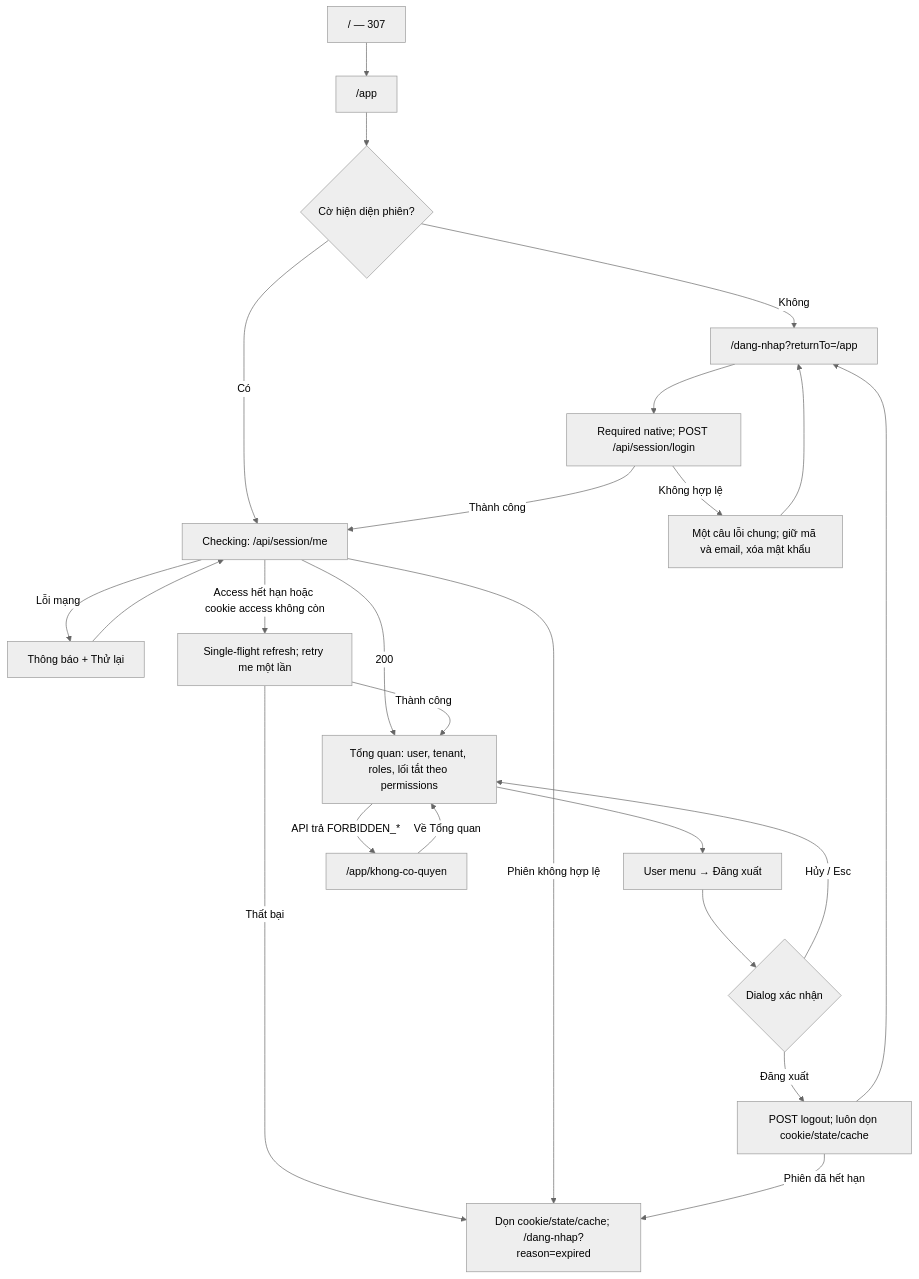
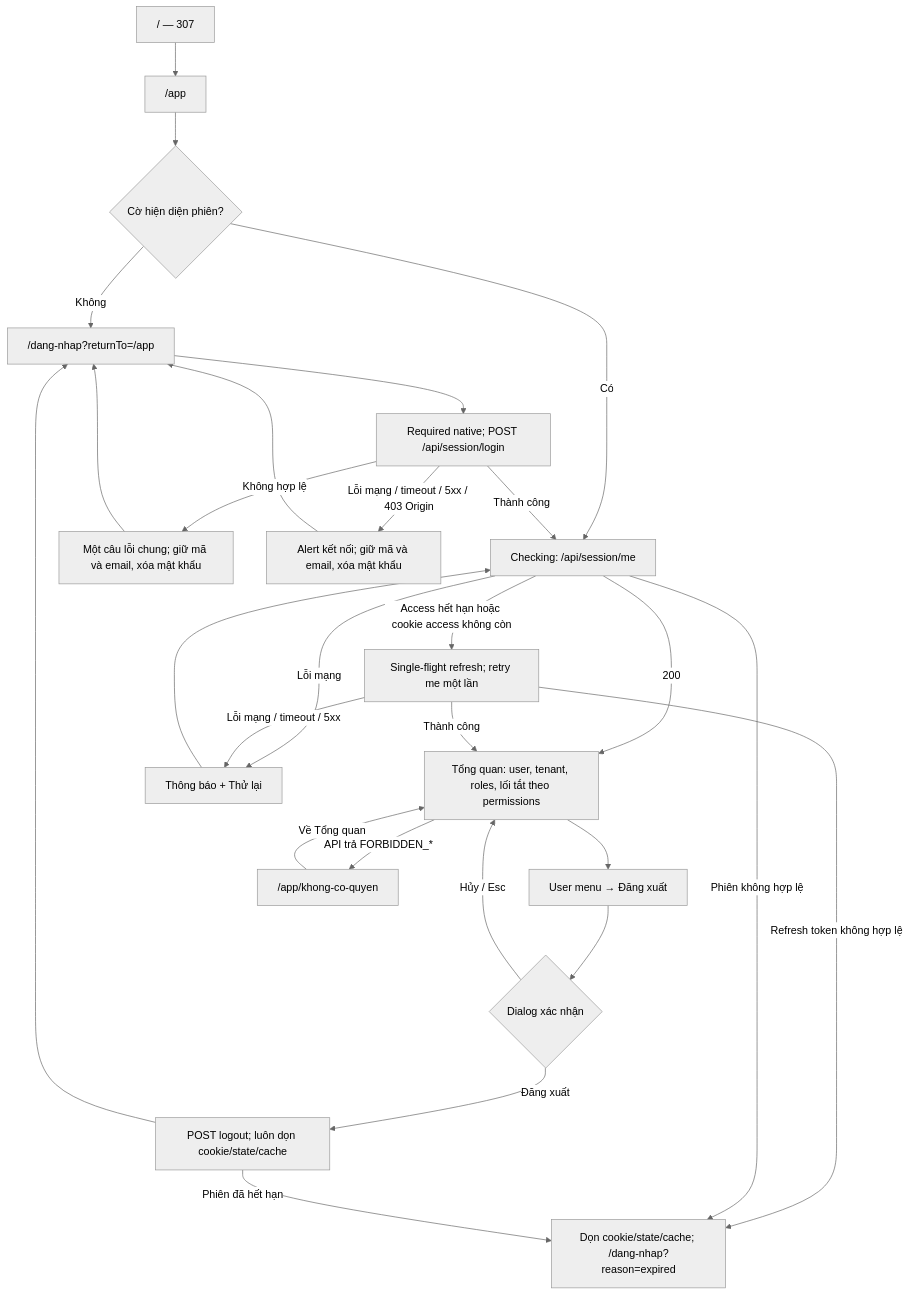
One commit to fransico08/POSE changed the diagram in docs/design/ui-ux/frontend-foundation-wireframe.md. Above: the diagram before and after it, drawn with Mermaid (neutral theme). The commit also changed other lines of this file and 12 other files, not shown here.

````diff
--- a/docs/design/ui-ux/frontend-foundation-wireframe.md
+++ b/docs/design/ui-ux/frontend-foundation-wireframe.md
@@ -22,26 +22,29 @@
 ```mermaid
 flowchart TD
   Root["/ — 307"] --> App["/app"]
   App --> Marker{"Cờ hiện diện phiên?"}
   Marker -->|Không| Login["/dang-nhap?returnTo=/app"]
   Marker -->|Có| Check["Checking: /api/session/me"]
   Check -->|200| Overview["Tổng quan: user, tenant, roles, lối tắt theo permissions"]
   Check -->|Lỗi mạng| Network["Thông báo + Thử lại"]
   Network --> Check
   Check -->|Access hết hạn hoặc cookie access không còn| Refresh["Single-flight refresh; retry me một lần"]
   Refresh -->|Thành công| Overview
-  Refresh -->|Thất bại| Expired["Dọn cookie/state/cache; /dang-nhap?reason=expired"]
+  Refresh -->|Refresh token không hợp lệ| Expired["Dọn cookie/state/cache; /dang-nhap?reason=expired"]
+  Refresh -->|Lỗi mạng / timeout / 5xx| Network
   Check -->|Phiên không hợp lệ| Expired
   Login --> Submit["Required native; POST /api/session/login"]
   Submit -->|Không hợp lệ| Invalid["Một câu lỗi chung; giữ mã và email, xóa mật khẩu"]
   Invalid --> Login
+  Submit -->|Lỗi mạng / timeout / 5xx / 403 Origin| LoginNetwork["Alert kết nối; giữ mã và email, xóa mật khẩu"]
+  LoginNetwork --> Login
   Submit -->|Thành công| Check
   Overview --> Menu["User menu → Đăng xuất"]
   Menu --> Confirm{"Dialog xác nhận"}
   Confirm -->|Hủy / Esc| Overview
   Confirm -->|Đăng xuất| Logout["POST logout; luôn dọn cookie/state/cache"]
   Logout --> Login
   Logout -->|Phiên đã hết hạn| Expired
   Overview -->|API trả FORBIDDEN_*| Forbidden["/app/khong-co-quyen"]
   Forbidden -->|Về Tổng quan| Overview
 ```
````
